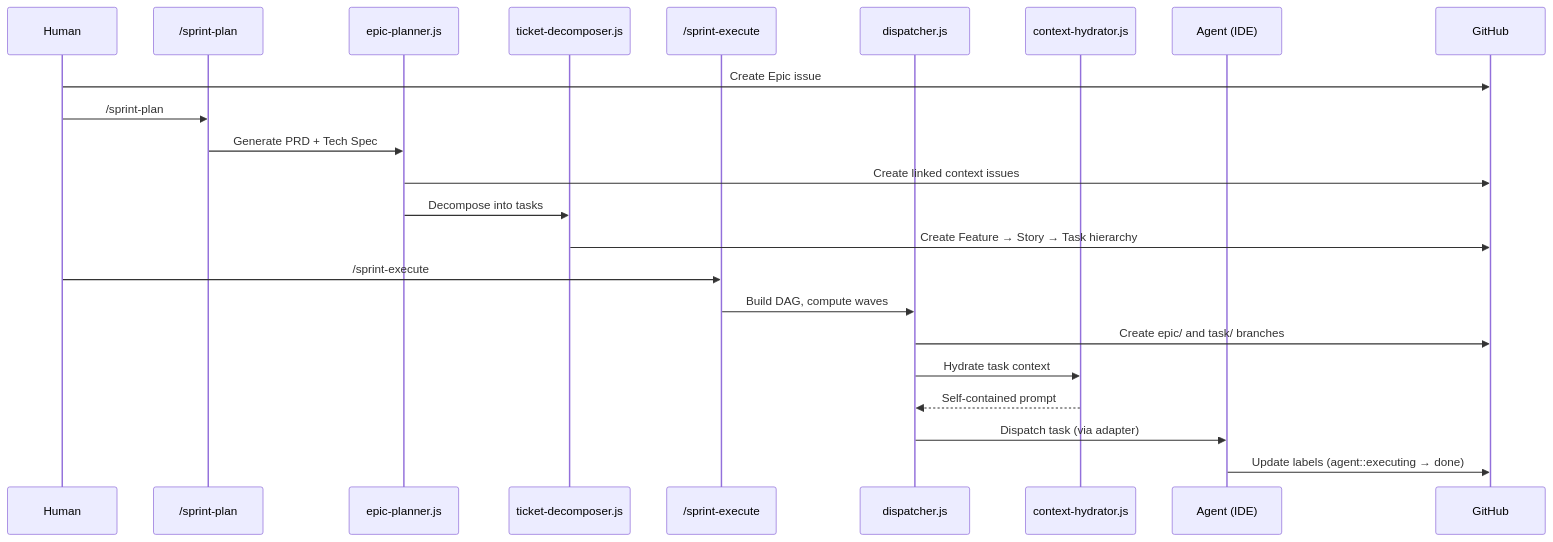
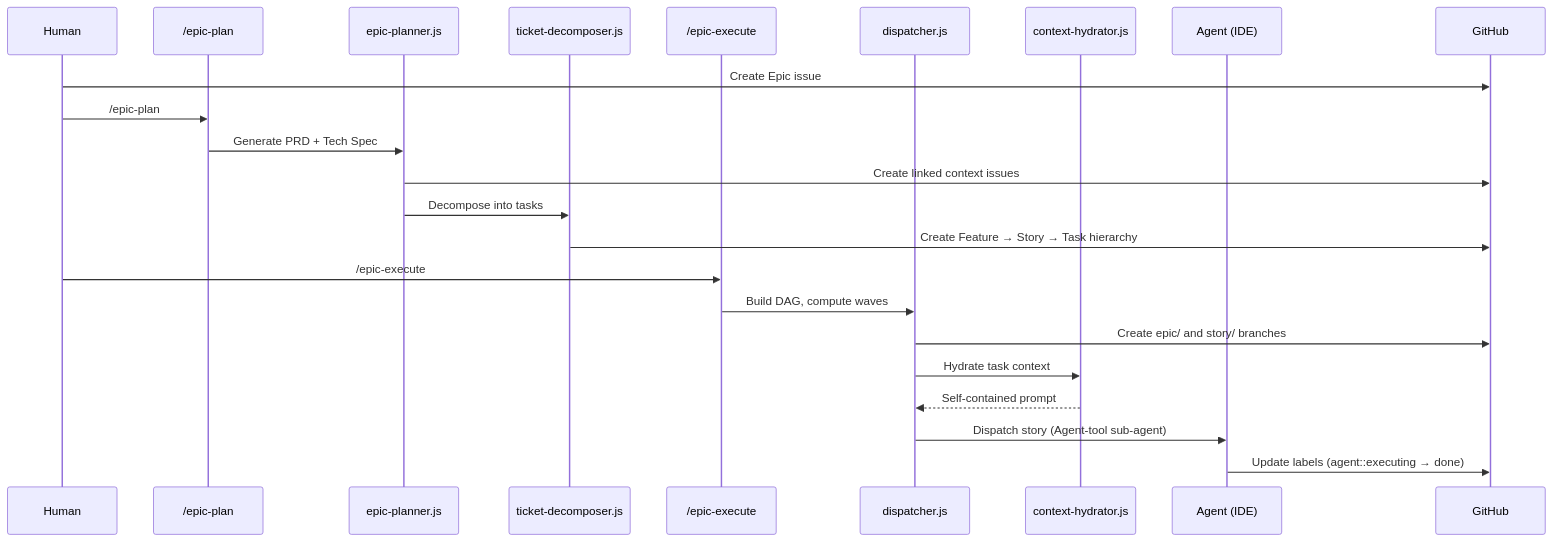
Before and after one commit to dsj1984/mandrel: the seventh of 8 diagrams in docs/architecture.md, drawn with Mermaid. The commit also changed other lines of this file and 3 other files, not shown here.

First line of the commit message:
docs: update README, architecture, data-dictionary, patterns for Epic #900

````diff
--- a/docs/architecture.md
+++ b/docs/architecture.md
@@ -562,27 +589,27 @@
 ```mermaid
 sequenceDiagram
     participant H as Human
-    participant P as /sprint-plan
+    participant P as /epic-plan
     participant EP as epic-planner.js
     participant TD as ticket-decomposer.js
-    participant D as /sprint-execute
+    participant D as /epic-execute
     participant DI as dispatcher.js
     participant CH as context-hydrator.js
     participant A as Agent (IDE)
     participant GH as GitHub
 
     H->>GH: Create Epic issue
-    H->>P: /sprint-plan #EPIC
+    H->>P: /epic-plan #EPIC
     P->>EP: Generate PRD + Tech Spec
     EP->>GH: Create linked context issues
     EP->>TD: Decompose into tasks
     TD->>GH: Create Feature → Story → Task hierarchy
 
-    H->>D: /sprint-execute #EPIC
+    H->>D: /epic-execute #EPIC
     D->>DI: Build DAG, compute waves
-    DI->>GH: Create epic/ and task/ branches
+    DI->>GH: Create epic/ and story/ branches
     DI->>CH: Hydrate task context
     CH-->>DI: Self-contained prompt
-    DI->>A: Dispatch task (via adapter)
+    DI->>A: Dispatch story (Agent-tool sub-agent)
     A->>GH: Update labels (agent::executing → done)
 ```
````
